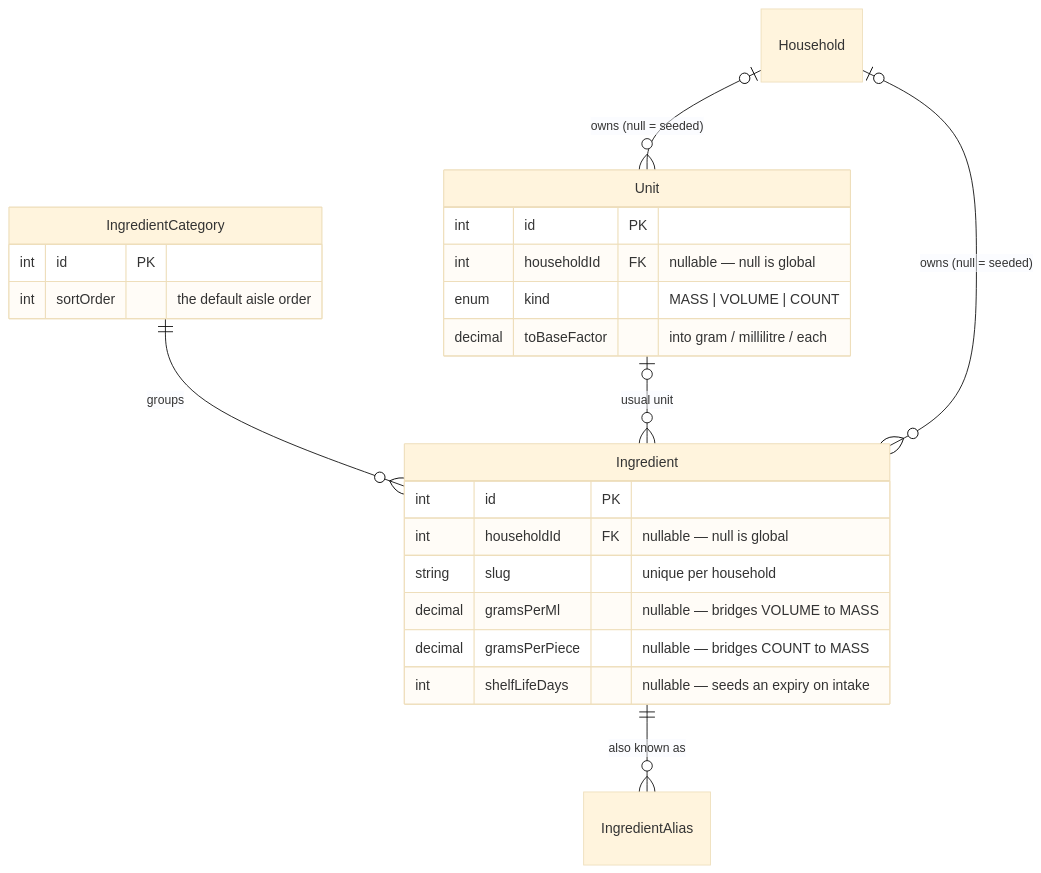
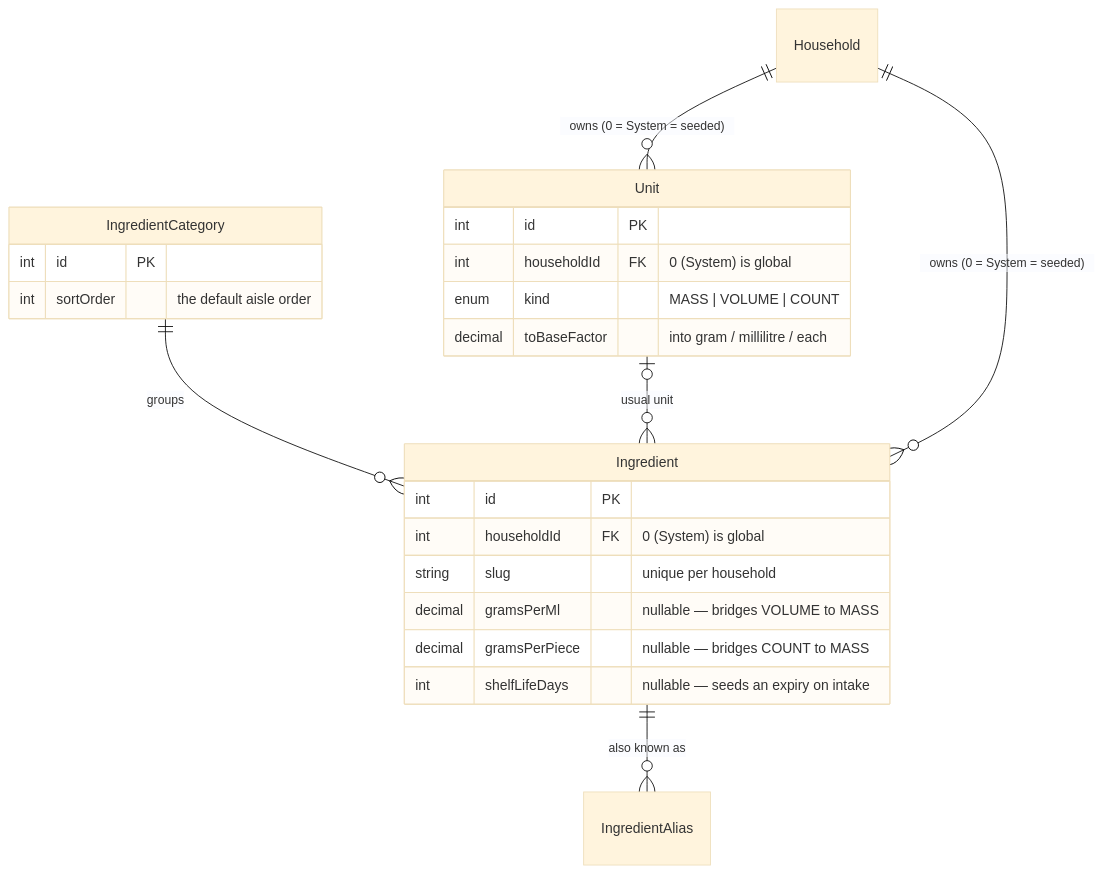
The second of 7 diagrams in docs/ERD.md (danjsouther/kitchen), drawn with Mermaid (base theme) before and after one commit. The commit also changed other lines of this file and 22 other files, not shown here.

Commit message:
Replace the nullable-householdId global-catalog convention with a reserved system household.

````diff
--- a/docs/ERD.md
+++ b/docs/ERD.md
@@ -83,27 +87,27 @@
 ```mermaid
 erDiagram
   IngredientCategory ||--o{ Ingredient : "groups"
   Unit |o--o{ Ingredient : "usual unit"
   Ingredient ||--o{ IngredientAlias : "also known as"
-  Household |o--o{ Ingredient : "owns (null = seeded)"
-  Household |o--o{ Unit : "owns (null = seeded)"
+  Household ||--o{ Ingredient : "owns (0 = System = seeded)"
+  Household ||--o{ Unit : "owns (0 = System = seeded)"
 
   Unit {
     int id PK
-    int householdId FK "nullable — null is global"
+    int householdId FK "0 (System) is global"
     enum kind "MASS | VOLUME | COUNT"
     decimal toBaseFactor "into gram / millilitre / each"
   }
   Ingredient {
     int id PK
-    int householdId FK "nullable — null is global"
+    int householdId FK "0 (System) is global"
     string slug "unique per household"
     decimal gramsPerMl "nullable — bridges VOLUME to MASS"
     decimal gramsPerPiece "nullable — bridges COUNT to MASS"
     int shelfLifeDays "nullable — seeds an expiry on intake"
   }
   IngredientCategory {
     int id PK
     int sortOrder "the default aisle order"
   }
 ```
````
